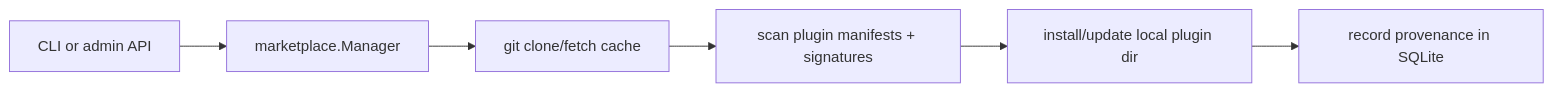
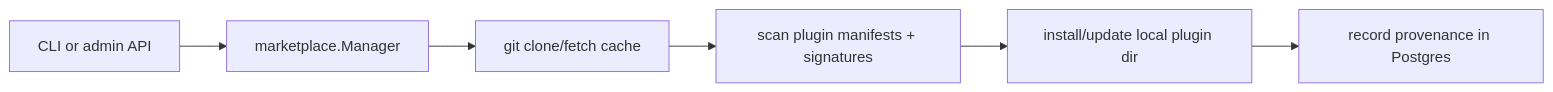
Before and after one commit to xsyetopz/go-mamacord: the sixth of 11 diagrams in docs/architecture-audit-2026-05-23.md, drawn with Mermaid. The commit also changed other lines of this file and 417 other files, not shown here.

Commit message:
Refactor runtime and move to Postgres-only architecture

````diff
--- a/docs/architecture-audit-2026-05-23.md
+++ b/docs/architecture-audit-2026-05-23.md
@@ -140,8 +146,8 @@
 ```mermaid
 flowchart LR
     A[CLI or admin API] --> B[marketplace.Manager]
     B --> C[git clone/fetch cache]
     C --> D[scan plugin manifests + signatures]
     D --> E[install/update local plugin dir]
-    E --> F[record provenance in SQLite]
+    E --> F[record provenance in Postgres]
 ```
````
